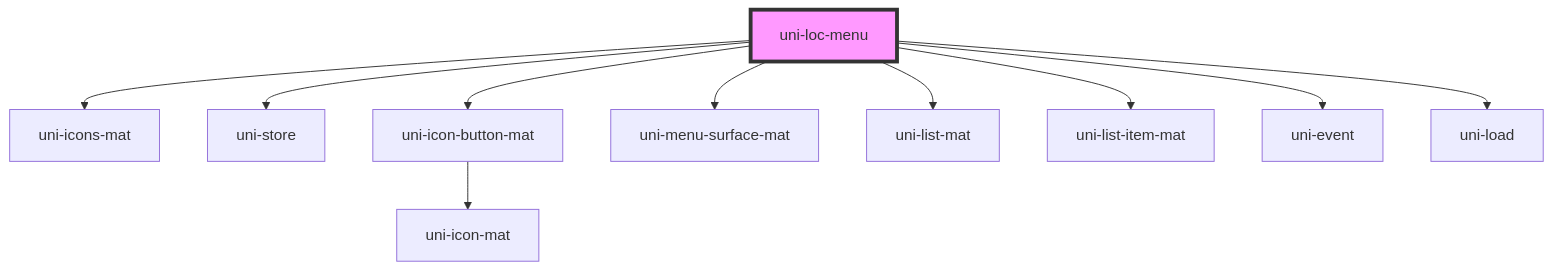
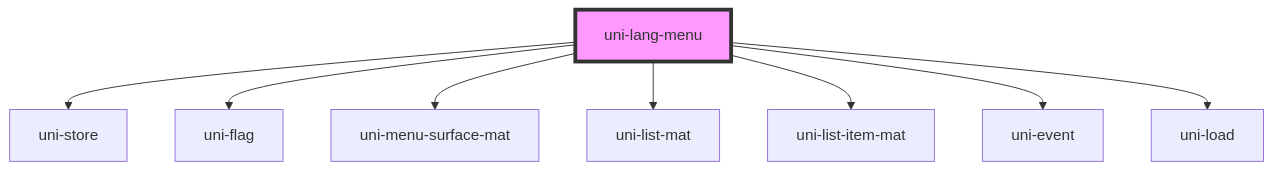
The diagram in src/lang-menu/components/@main/readme.md (uiregex/uni-localize), drawn with Mermaid before and after one commit. The commit also changed other lines of this file and 12 other files, not shown here.

````diff
--- a/src/lang-menu/components/@main/readme.md
+++ b/src/lang-menu/components/@main/readme.md
@@ -22,13 +34,11 @@
 ```mermaid
 graph TD;
-  uni-loc-menu --> uni-icons-mat
-  uni-loc-menu --> uni-store
-  uni-loc-menu --> uni-icon-button-mat
-  uni-loc-menu --> uni-menu-surface-mat
-  uni-loc-menu --> uni-list-mat
-  uni-loc-menu --> uni-list-item-mat
-  uni-loc-menu --> uni-event
-  uni-loc-menu --> uni-load
-  uni-icon-button-mat --> uni-icon-mat
-  style uni-loc-menu fill:#f9f,stroke:#333,stroke-width:4px
+  uni-lang-menu --> uni-store
+  uni-lang-menu --> uni-flag
+  uni-lang-menu --> uni-menu-surface-mat
+  uni-lang-menu --> uni-list-mat
+  uni-lang-menu --> uni-list-item-mat
+  uni-lang-menu --> uni-event
+  uni-lang-menu --> uni-load
+  style uni-lang-menu fill:#f9f,stroke:#333,stroke-width:4px
 ```
````
